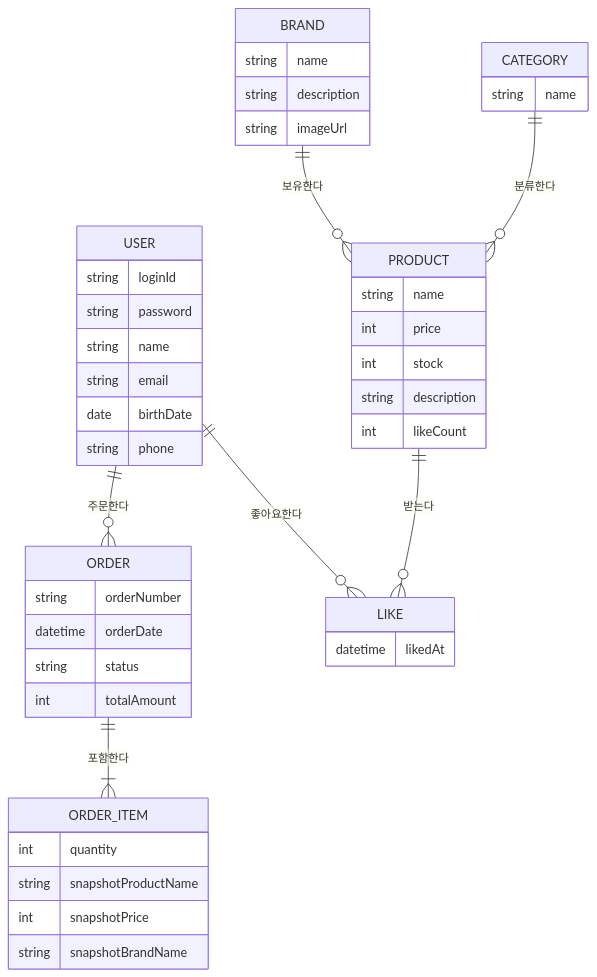
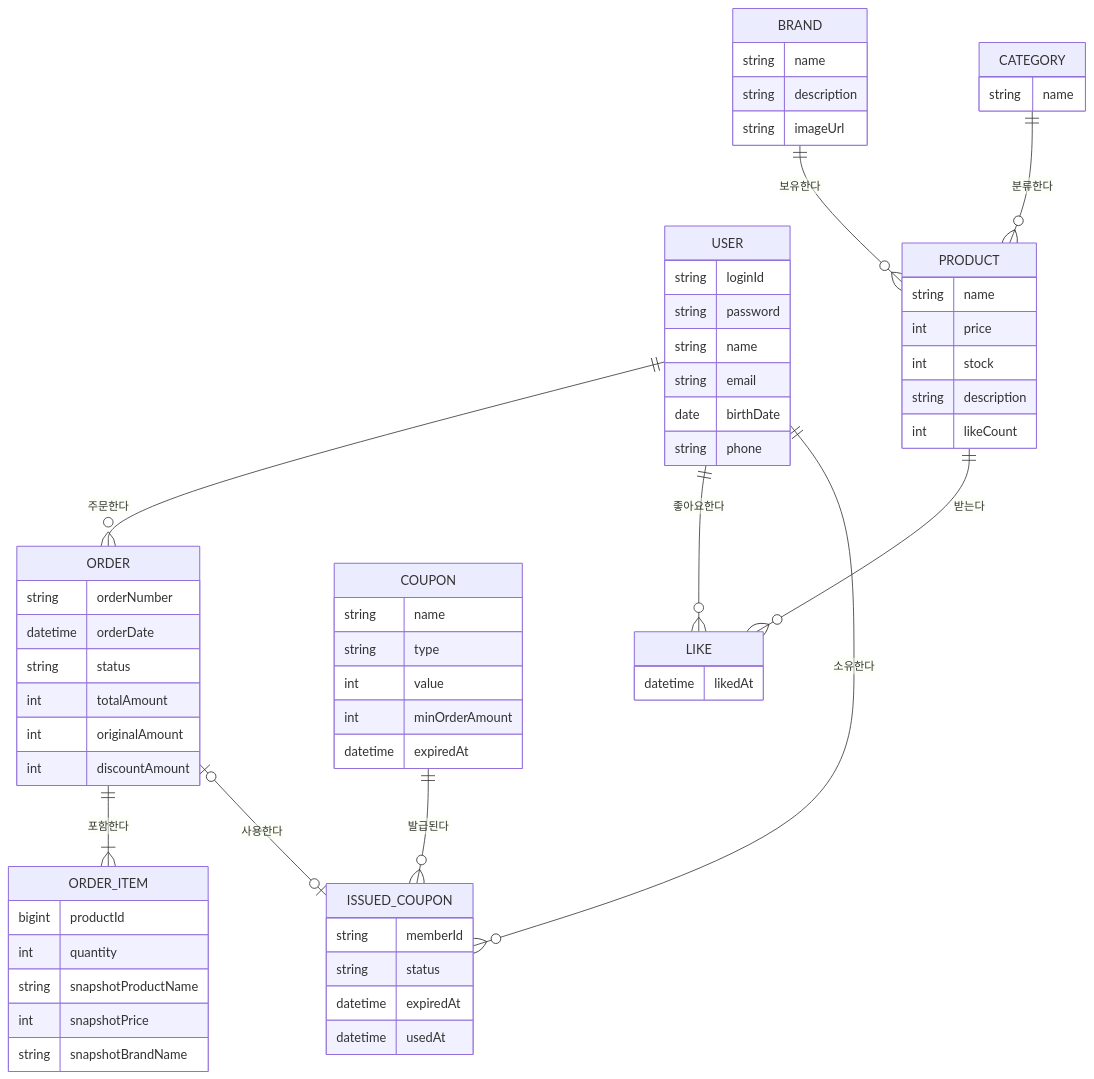
Before and after one commit to Loopers-dev-lab/loop-pack-be-l2-vol3-java: the diagram in docs/design/04-erd.md, drawn with Mermaid. The commit also changed other lines of this file and 5 other files, not shown here.

````diff
--- a/docs/design/04-erd.md
+++ b/docs/design/04-erd.md
@@ -5,49 +5,68 @@
 ```mermaid
 erDiagram
     USER {
         string loginId
         string password
         string name
         string email
         date birthDate
         string phone
     }
     BRAND {
         string name
         string description
         string imageUrl
     }
     CATEGORY {
         string name
     }
     PRODUCT {
         string name
         int price
         int stock
         string description
         int likeCount
     }
     ORDER {
         string orderNumber
         datetime orderDate
         string status
         int totalAmount
+        int originalAmount
+        int discountAmount
     }
     ORDER_ITEM {
+        bigint productId
         int quantity
         string snapshotProductName
         int snapshotPrice
         string snapshotBrandName
+    }
+    COUPON {
+        string name
+        string type
+        int value
+        int minOrderAmount
+        datetime expiredAt
+    }
+    ISSUED_COUPON {
+        string memberId
+        string status
+        datetime expiredAt
+        datetime usedAt
     }
 
     USER ||--o{ ORDER : "주문한다"
     LIKE {
         datetime likedAt
     }
 
     USER ||--o{ LIKE : "좋아요한다"
     PRODUCT ||--o{ LIKE : "받는다"
     ORDER ||--|{ ORDER_ITEM : "포함한다"
     BRAND ||--o{ PRODUCT : "보유한다"
     CATEGORY ||--o{ PRODUCT : "분류한다"
+    USER ||--o{ ISSUED_COUPON : "소유한다"
+    COUPON ||--o{ ISSUED_COUPON : "발급된다"
+    ORDER o|--o| ISSUED_COUPON : "사용한다"
 ```
````
